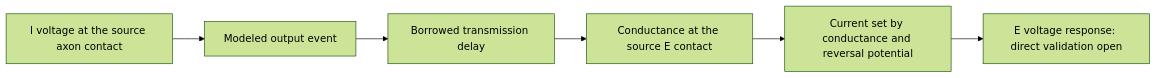
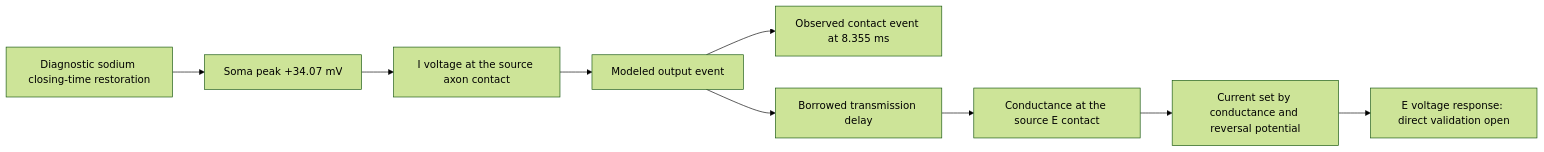
The tenth of 10 diagrams in docs/h01-causal-model.md (mithridatic/braintrace), drawn with Mermaid (forest theme) before and after one commit. The commit also changed other lines of this file and 9 other files, not shown here.

Commit message:
Verify delayed H01 contact event and instrument measured delivery controls

````diff
--- a/docs/h01-causal-model.md
+++ b/docs/h01-causal-model.md
@@ -613,8 +615,11 @@
 ```mermaid
 flowchart LR
+    G[Diagnostic sodium closing-time restoration] --> P[Soma peak +34.07 mV]
+    P --> A
     A[I voltage at the source axon contact] --> B[Modeled output event]
+    B --> T[Observed contact event at 8.355 ms]
     B --> C[Borrowed transmission delay]
     C --> D[Conductance at the source E contact]
     D --> E[Current set by conductance and reversal potential]
     E --> F[E voltage response: direct validation open]
 ```
````
